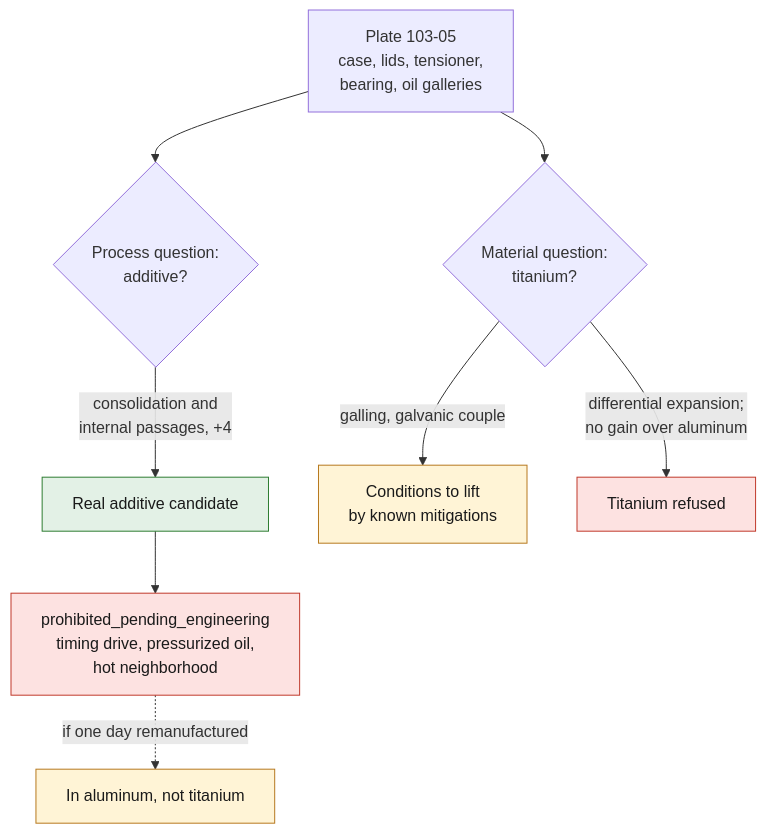
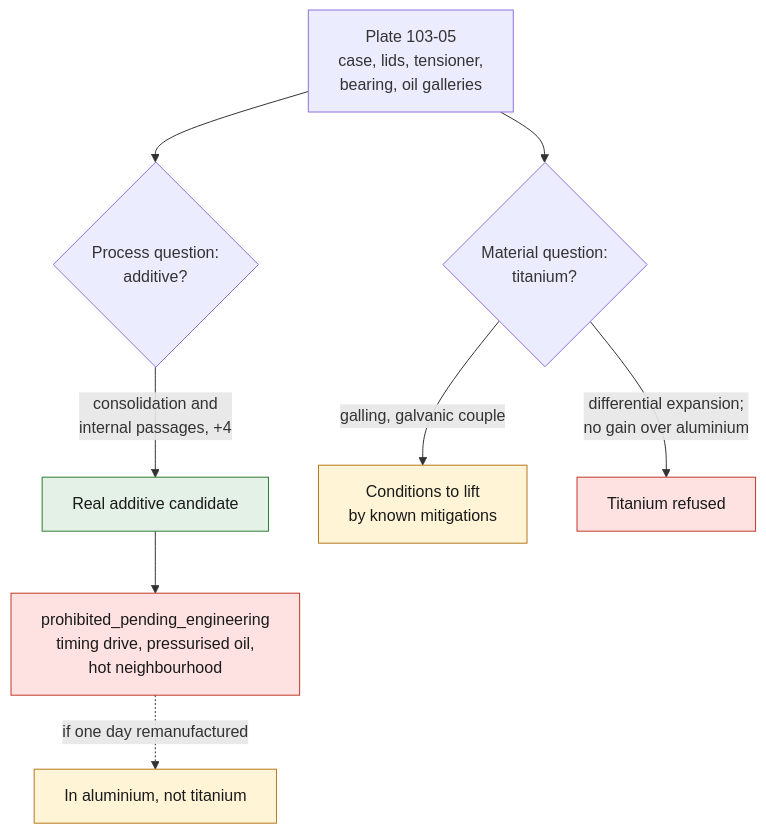
One commit to cluster2600/porscheparts changed the diagram in docs/993/993_CACHE_DE_CHAINE_103-05.md. Above: the diagram before and after it, drawn with Mermaid. The commit also changed other lines of this file and 480 other files, not shown here.

````diff
--- a/docs/993/993_CACHE_DE_CHAINE_103-05.md
+++ b/docs/993/993_CACHE_DE_CHAINE_103-05.md
@@ -7,16 +7,16 @@
 ```mermaid
 flowchart TD
   P["Plate 103-05<br/>case, lids, tensioner,<br/>bearing, oil galleries"] --> Q1{"Process question:<br/>additive?"}
   P --> Q2{"Material question:<br/>titanium?"}
   Q1 -->|"consolidation and<br/>internal passages, +4"| AM["Real additive candidate"]
   Q2 -->|"galling, galvanic couple"| M["Conditions to lift<br/>by known mitigations"]
-  Q2 -->|"differential expansion;<br/>no gain over aluminum"| TI["Titanium refused"]
-  AM --> V["prohibited_pending_engineering<br/>timing drive, pressurized oil,<br/>hot neighborhood"]
-  V -.->|"if one day remanufactured"| AL["In aluminum, not titanium"]
+  Q2 -->|"differential expansion;<br/>no gain over aluminium"| TI["Titanium refused"]
+  AM --> V["prohibited_pending_engineering<br/>timing drive, pressurised oil,<br/>hot neighbourhood"]
+  V -.->|"if one day remanufactured"| AL["In aluminium, not titanium"]
   class AM ok
   class M,AL open
   class TI,V stop
   classDef stop fill:#fde2e1,stroke:#c0392b,color:#1a1a1a;
   classDef ok fill:#e3f1e6,stroke:#2e7d32,color:#1a1a1a;
   classDef open fill:#fff4d6,stroke:#b7791f,color:#1a1a1a;
 ```
````
